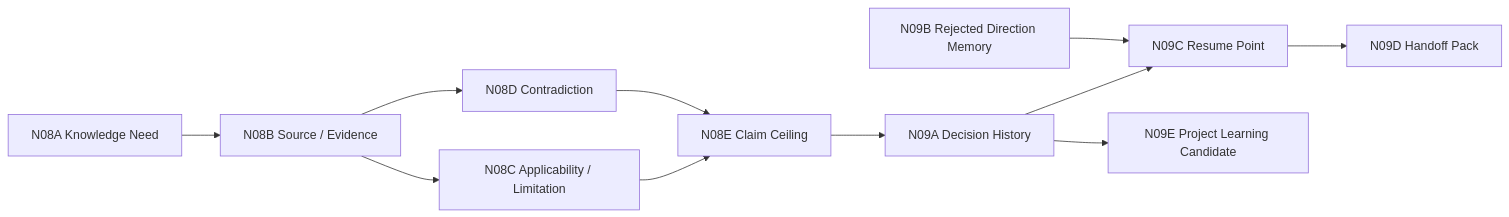
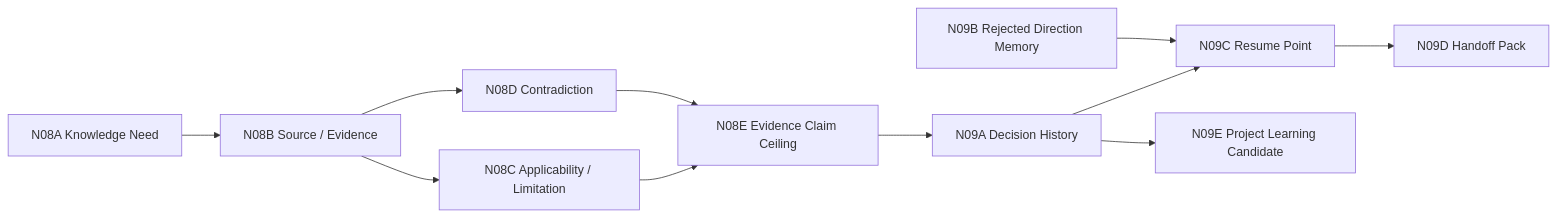
The diagram in product-docs/v0.3/maps/M13_KNOWLEDGE_CONTINUITY_DETAIL.md (Jiaosong/Design), drawn with Mermaid before and after one commit. The commit also changed other lines of this file and 71 other files, not shown here.

````diff
--- a/product-docs/v0.3/maps/M13_KNOWLEDGE_CONTINUITY_DETAIL.md
+++ b/product-docs/v0.3/maps/M13_KNOWLEDGE_CONTINUITY_DETAIL.md
@@ -9,13 +9,13 @@
 ```mermaid
 flowchart LR
     KN[N08A Knowledge Need] --> SE[N08B Source / Evidence]
     SE --> AL[N08C Applicability / Limitation]
     SE --> EC[N08D Contradiction]
-    AL --> CC[N08E Claim Ceiling]
+    AL --> CC[N08E Evidence Claim Ceiling]
     EC --> CC
     DH[N09A Decision History] --> RP[N09C Resume Point]
     RD[N09B Rejected Direction Memory] --> RP
     RP --> HP[N09D Handoff Pack]
     DH --> LC[N09E Project Learning Candidate]
     CC --> DH
 ```
````
